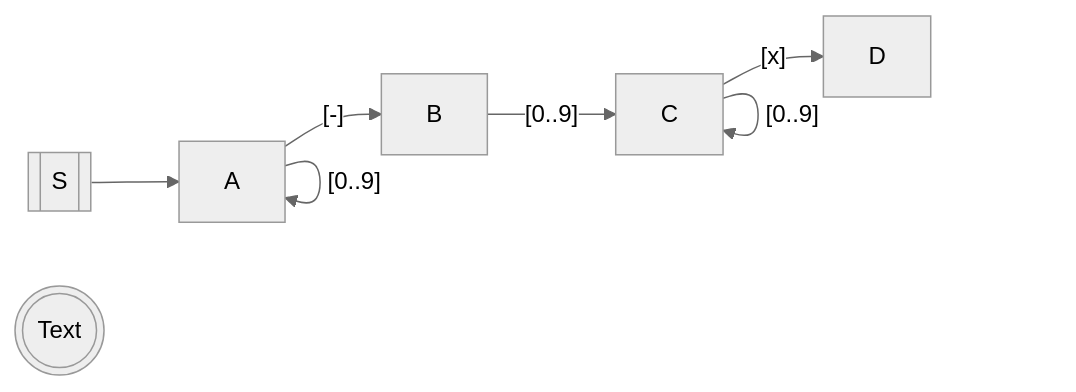
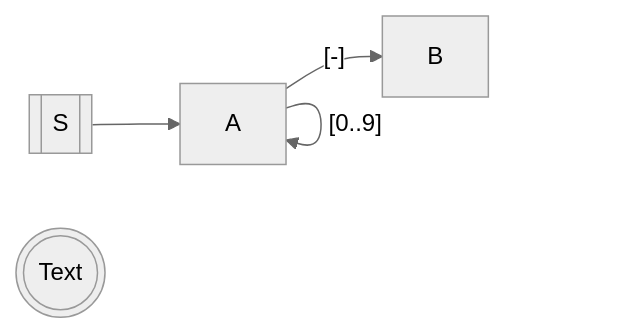
The diagram in rust/adventofcode-2020/day02/README.md (jepoen/screencasts), drawn with Mermaid (neutral theme) before and after one commit.

```diff
--- a/rust/adventofcode-2020/day02/README.md
+++ b/rust/adventofcode-2020/day02/README.md
@@ -45,12 +45,9 @@
 ~~~mermaid
 flowchart LR;
 S[[S]];
 Text(((Text)));
 
 S --> A;
-A -->|"[0..9]"| A;
-A -->|"[-]"| B;
-B -->|"[0..9]"| C;
-C -->|"[0..9]"| C;
-C -->|"[x]"| D;
+A -->|"[0..9]"|A;
+A -->|"[-]"|B;
 ~~~
```
